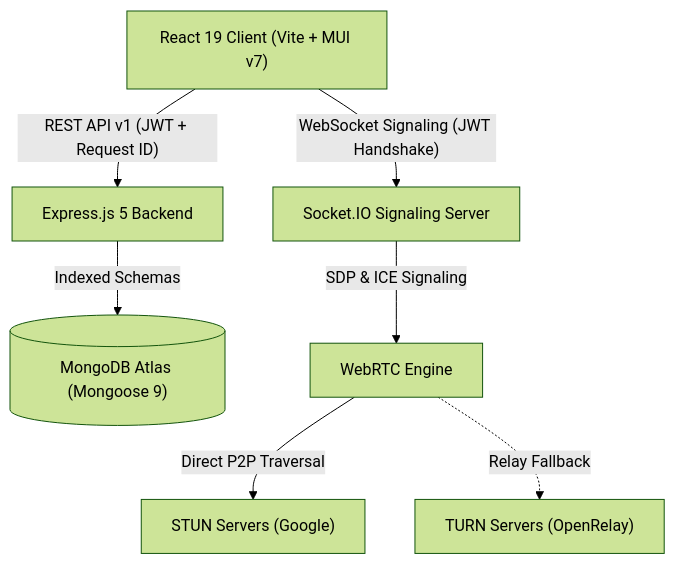
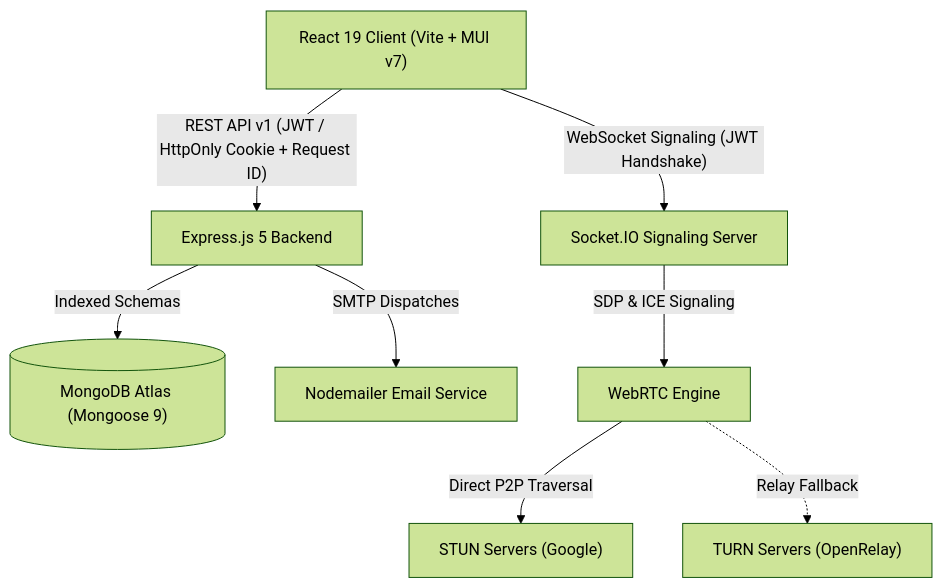
One commit to Sekhar01807/Novacall changed the first of 3 diagrams in README.md. Above: the diagram before and after it, drawn with Mermaid (forest theme). The commit also changed other lines of this file, not shown here.

Commit message:
docs: update README with Nodemailer SMTP email service, HttpOnly auth & calendar invites

````diff
--- a/README.md
+++ b/README.md
@@ -86,10 +94,11 @@
 ```mermaid
 graph TD
     Client["React 19 Client (Vite + MUI v7)"]
-    Client -->|"REST API v1 (JWT + Request ID)"| Express["Express.js 5 Backend"]
+    Client -->|"REST API v1 (JWT / HttpOnly Cookie + Request ID)"| Express["Express.js 5 Backend"]
     Client -->|"WebSocket Signaling (JWT Handshake)"| Socket["Socket.IO Signaling Server"]
     Express -->|"Indexed Schemas"| Mongo[("MongoDB Atlas (Mongoose 9)")]
+    Express -->|"SMTP Dispatches"| Mail["Nodemailer Email Service"]
     Socket -->|"SDP & ICE Signaling"| WebRTC["WebRTC Engine"]
     WebRTC -->|"Direct P2P Traversal"| STUN["STUN Servers (Google)"]
     WebRTC -.->|"Relay Fallback"| TURN["TURN Servers (OpenRelay)"]
 ```
````
